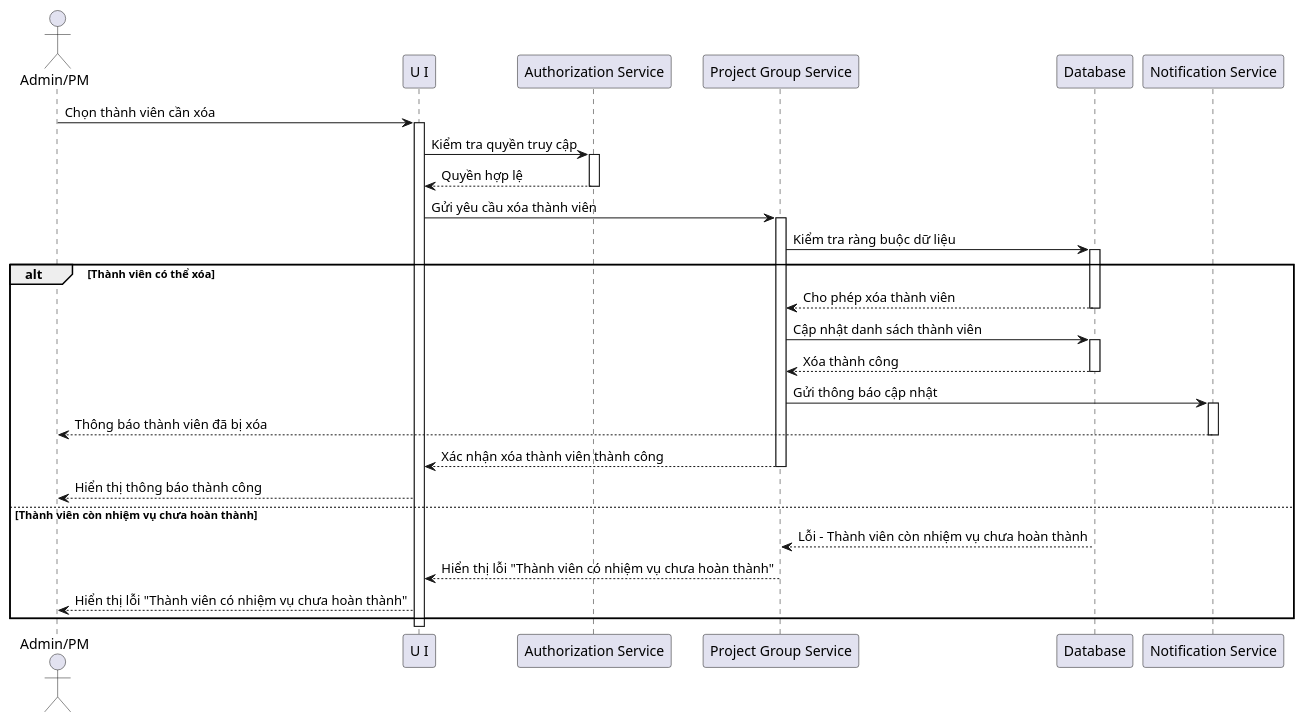
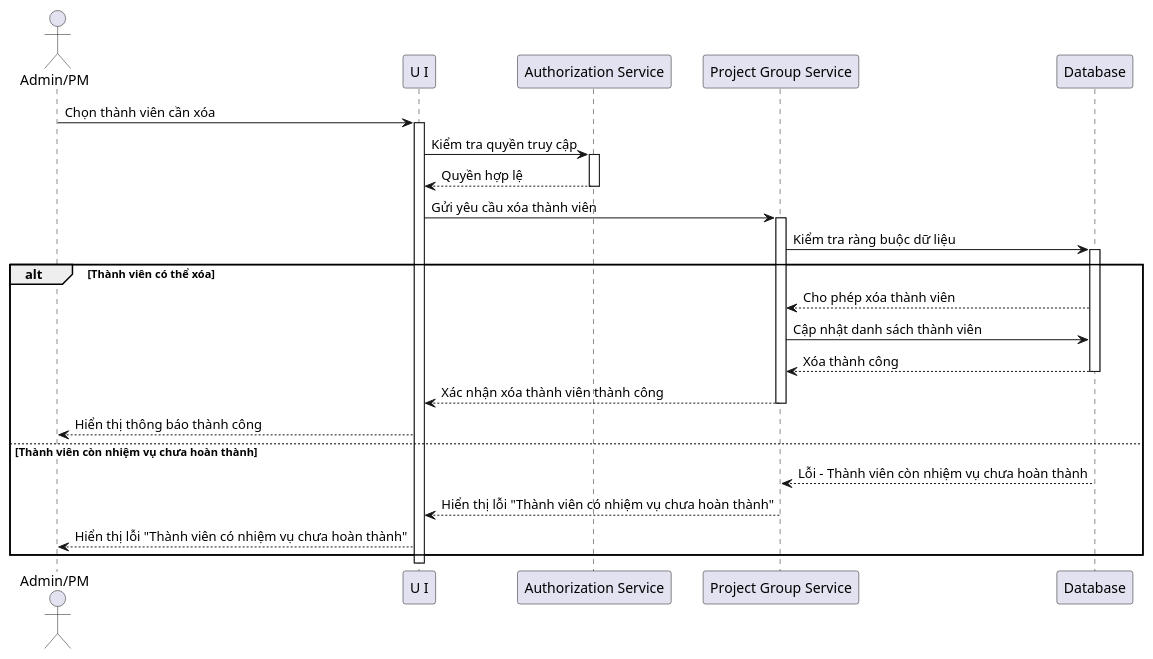
Before and after one commit to MaiDucDuy05/UML: the diagram in module2/XoaThanhVien.puml, drawn with PlantUML. The commit also changed 12 other files, not shown here.

```diff
--- a/module2/XoaThanhVien.puml
+++ b/module2/XoaThanhVien.puml
@@ -1,51 +1,44 @@
 @startuml
 actor "Admin/PM" as User
 
 participant "U I" as UI
 participant "Authorization Service"
 participant "Project Group Service" as System
 participant "Database" as DB
-participant "Notification Service"
 
 User -> UI: Chọn thành viên cần xóa
 activate UI
 
 UI -> "Authorization Service": Kiểm tra quyền truy cập
 activate "Authorization Service"
 
 "Authorization Service" --> UI: Quyền hợp lệ
 deactivate "Authorization Service"
 
 UI -> System: Gửi yêu cầu xóa thành viên
 activate System
 
 System -> DB: Kiểm tra ràng buộc dữ liệu
 activate DB
 
 alt Thành viên có thể xóa
     DB --> System: Cho phép xóa thành viên
-    deactivate DB
 
     System -> DB: Cập nhật danh sách thành viên
-    activate DB
     DB --> System: Xóa thành công
     deactivate DB
 
-    System -> "Notification Service": Gửi thông báo cập nhật
-    activate "Notification Service"
-    "Notification Service" --> User: Thông báo thành viên đã bị xóa
-    deactivate "Notification Service"
 
     System --> UI: Xác nhận xóa thành viên thành công
     deactivate System
     UI --> User: Hiển thị thông báo thành công
 
 else Thành viên còn nhiệm vụ chưa hoàn thành
     DB --> System: Lỗi - Thành viên còn nhiệm vụ chưa hoàn thành
     deactivate DB
     System --> UI: Hiển thị lỗi "Thành viên có nhiệm vụ chưa hoàn thành"
     UI --> User: Hiển thị lỗi "Thành viên có nhiệm vụ chưa hoàn thành"
     deactivate System
 end
 
 @enduml
```
